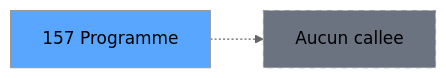
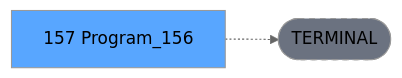
One commit to thonyAGP/lecteur-magic changed the third of 3 diagrams in .openspec/renders/ADH-IDE-157.md. Above: the diagram before and after it, drawn with Mermaid (neutral theme). The commit also changed other lines of this file and 701 other files, not shown here.

````diff
--- a/.openspec/renders/ADH-IDE-157.md
+++ b/.openspec/renders/ADH-IDE-157.md
@@ -120,8 +134,8 @@
 ```mermaid
 graph LR
-    T[157 Programme]
-    NONE[Aucun callee]
-    T -.-> NONE
+    T[157 Program_156]
+    TERM([TERMINAL])
+    T -.-> TERM
+    style TERM fill:#6b7280,stroke-dasharray: 5 5
     style T fill:#58a6ff,color:#000
-    style NONE fill:#6b7280,stroke-dasharray: 5 5
 ```
````
